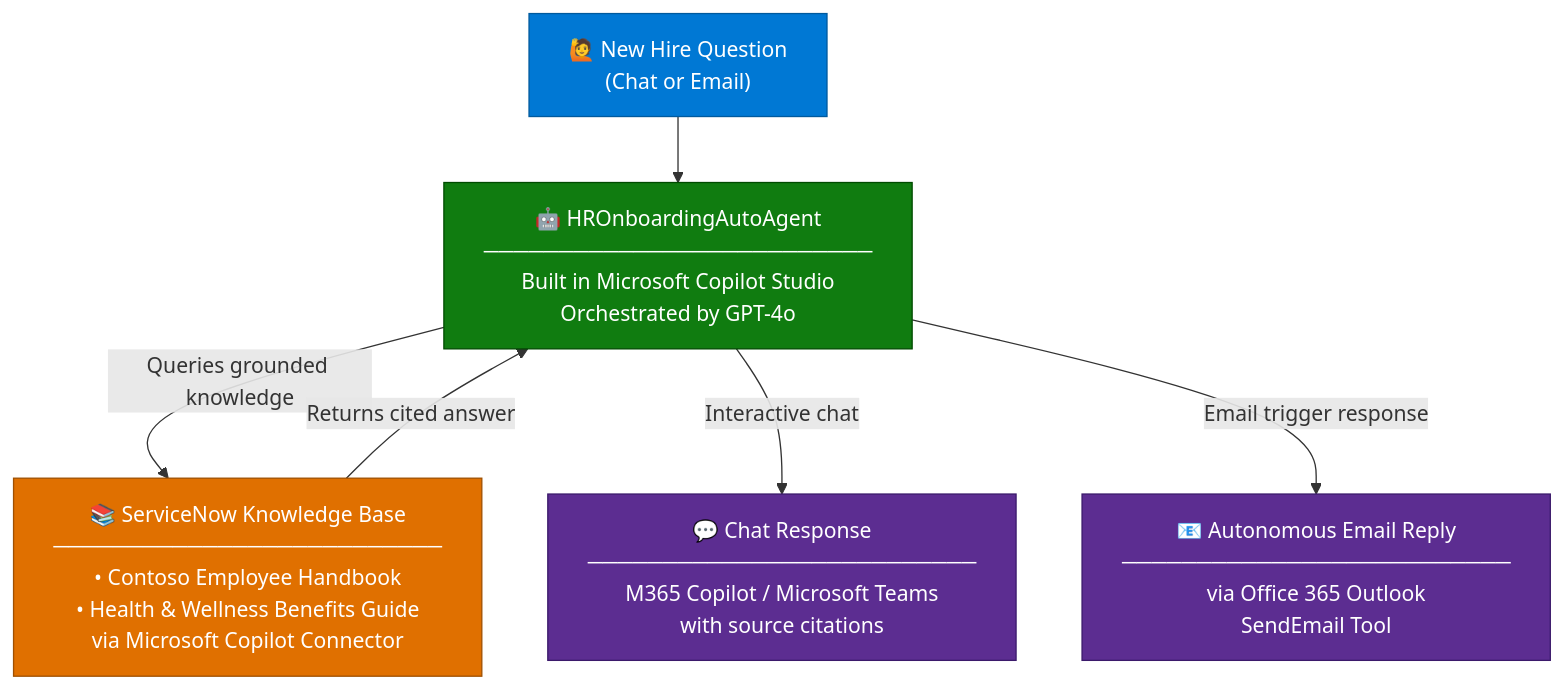
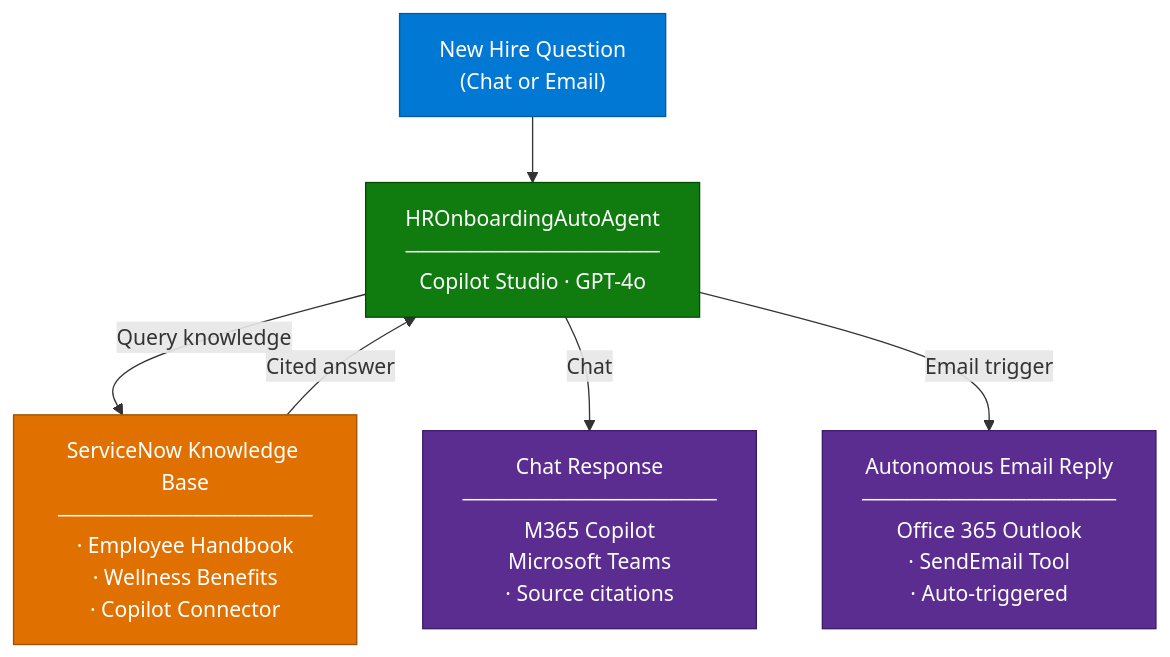
One commit to Seungjin-Ryu/Cloud-Accelerate-Factory-for-Agents-Runbooks changed the diagram in 02-scenarios/HR-Onboarding-Agent/1. Overview.md. Above: the diagram before and after it, drawn with Mermaid.

Commit message:
Update 1. Overview.md

````diff
--- a/02-scenarios/HR-Onboarding-Agent/1. Overview.md
+++ b/02-scenarios/HR-Onboarding-Agent/1. Overview.md
@@ -56,24 +56,24 @@
 ```mermaid
 flowchart TD
-    A["🙋 New Hire Question<br/>(Chat or Email)"]
+    A["New Hire Question<br/>(Chat or Email)"]
 
-    B["🤖 HROnboardingAutoAgent<br/>──────────────────────────<br/>Built in Microsoft Copilot Studio<br/>Orchestrated by GPT-4o"]
+    B["HROnboardingAutoAgent<br/>─────────────────<br/>Copilot Studio · GPT-4o"]
 
-    C["📚 ServiceNow Knowledge Base<br/>──────────────────────────<br/>• Contoso Employee Handbook<br/>• Health & Wellness Benefits Guide<br/>via Microsoft Copilot Connector"]
+    C["ServiceNow Knowledge Base<br/>─────────────────<br/>· Employee Handbook<br/>· Wellness Benefits<br/>· Copilot Connector"]
 
-    D1["💬 Chat Response<br/>──────────────────────────<br/>M365 Copilot / Microsoft Teams<br/>with source citations"]
+    D1["Chat Response<br/>─────────────────<br/>M365 Copilot<br/>Microsoft Teams<br/>· Source citations"]
 
-    D2["📧 Autonomous Email Reply<br/>──────────────────────────<br/>via Office 365 Outlook<br/>SendEmail Tool"]
+    D2["Autonomous Email Reply<br/>─────────────────<br/>Office 365 Outlook<br/>· SendEmail Tool<br/>· Auto-triggered"]
 
     A --> B
-    B -->|"Queries grounded knowledge"| C
-    C -->|"Returns cited answer"| B
-    B -->|"Interactive chat"| D1
-    B -->|"Email trigger response"| D2
+    B -->|"Query knowledge"| C
+    C -->|"Cited answer"| B
+    B -->|"Chat"| D1
+    B -->|"Email trigger"| D2
 
     style A fill:#0078D4,color:#fff,stroke:#005A9E
     style B fill:#107C10,color:#fff,stroke:#004B00
     style C fill:#E07000,color:#fff,stroke:#A05000
     style D1 fill:#5C2D91,color:#fff,stroke:#3B1A6B
     style D2 fill:#5C2D91,color:#fff,stroke:#3B1A6B
 ```
````
